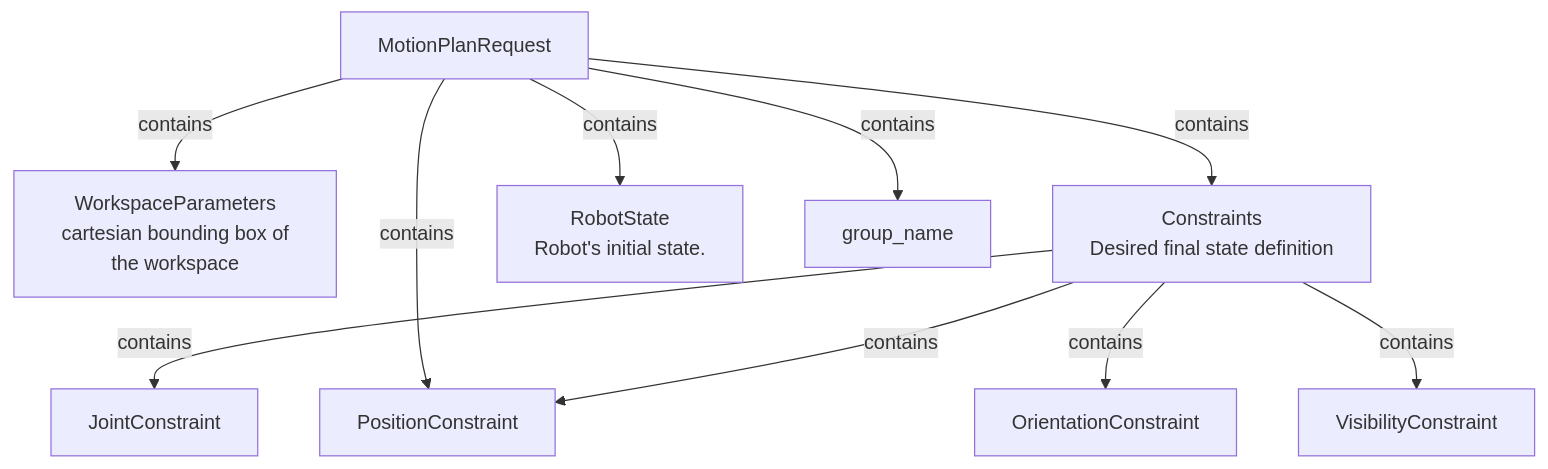
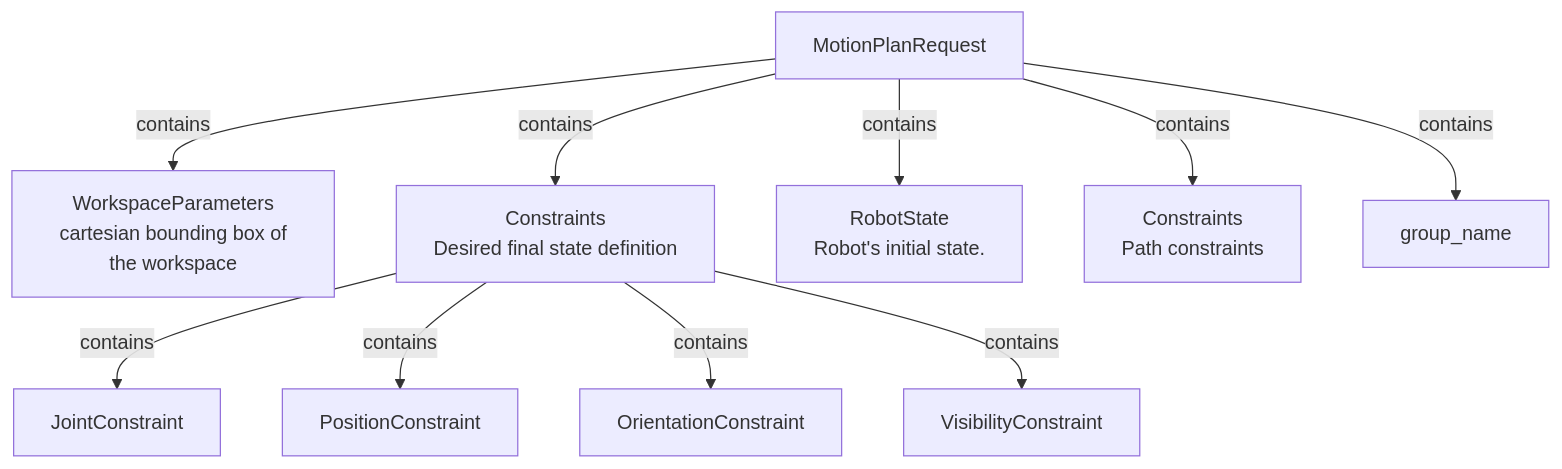
The diagram in 03_planning_contex_and_planner_manger/readme.md (rafaelrojasmiliani/moveit_tutorial), drawn with Mermaid before and after one commit.

Commit message:
[03] doc

````diff
--- a/03_planning_contex_and_planner_manger/readme.md
+++ b/03_planning_contex_and_planner_manger/readme.md
@@ -53,12 +53,12 @@
 ```mermaid
 graph TD;
 MPR[MotionPlanRequest] -- contains --> WP[WorkspaceParameters<br/> cartesian bounding box of the workspace];
 MPR -- contains --> C;
 MPR -- contains --> RS[RobotState<br/>Robot's initial state.]
-MPR -- contains --> PC[Constraints<br/> Path constraints]
+MPR -- contains --> PathC[Constraints<br/> Path constraints]
 C[Constraints<br/>Desired final state definition] -- contains --> JC[JointConstraint];
 C -- contains --> PC[PositionConstraint];
 C -- contains --> OC[OrientationConstraint];
 C -- contains --> VC[VisibilityConstraint];
 MPR -- contains --> GN[group_name];
 ```
````
